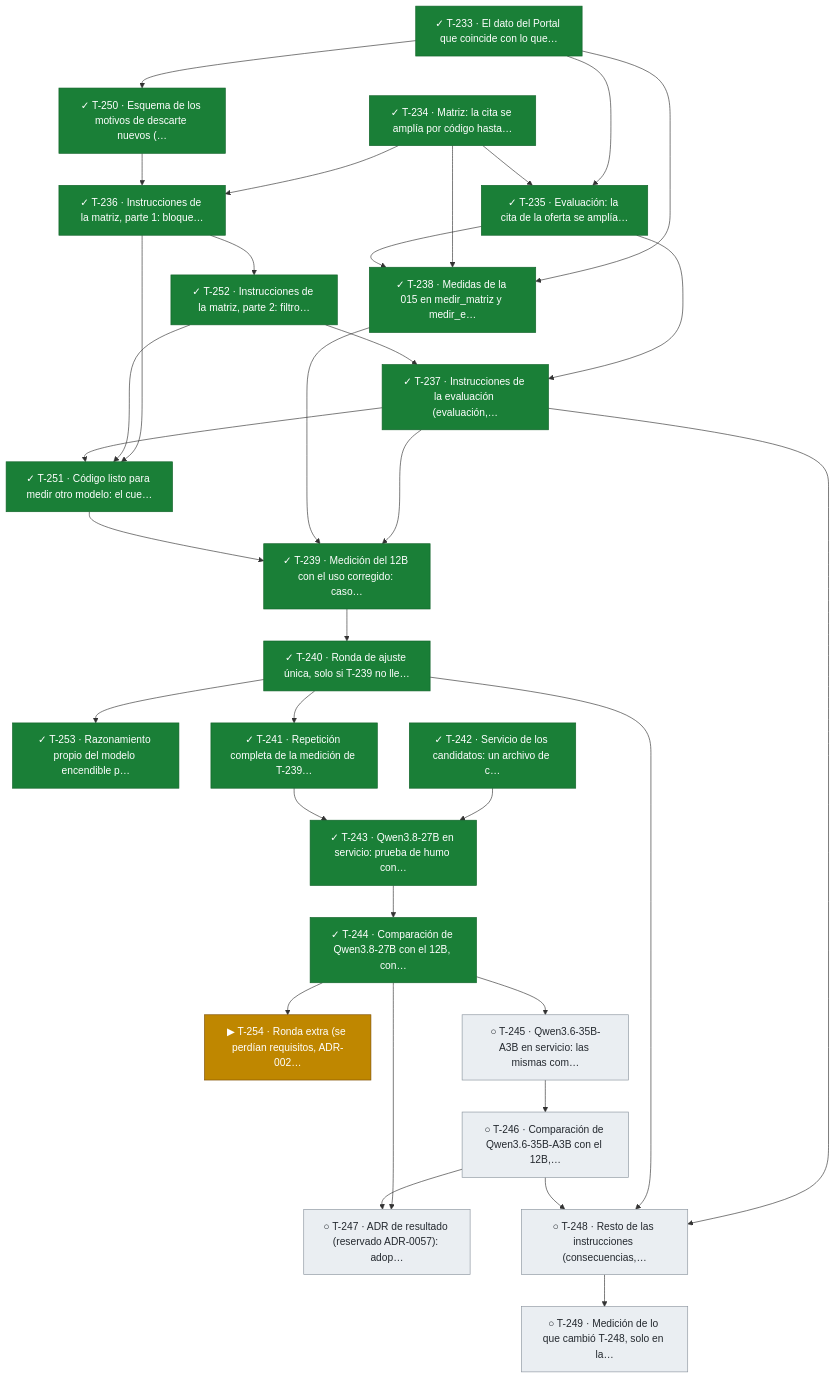
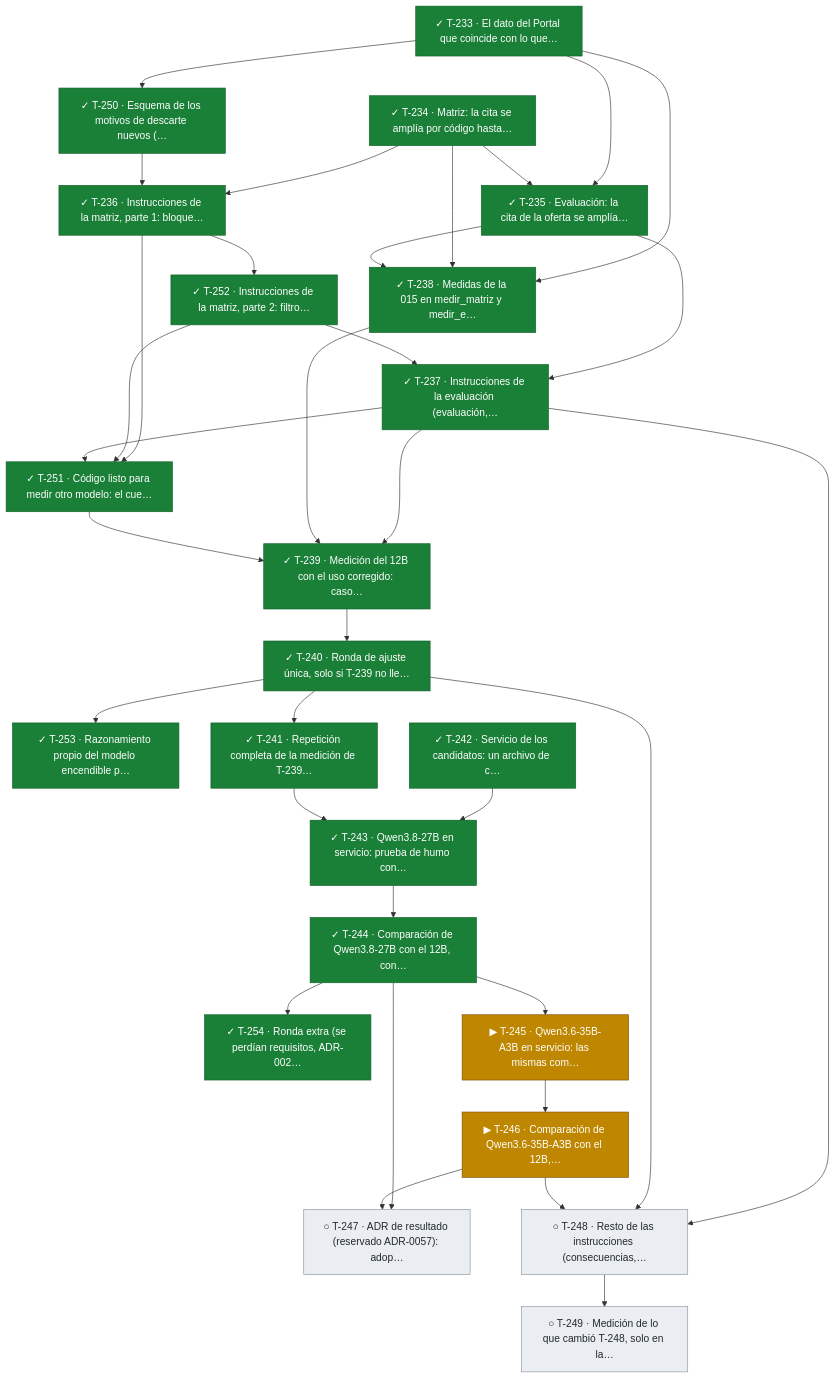
Before and after one commit to snavello/EVALUON: diagram 17 of 17 in docs/tablero.md, drawn with Mermaid. The commit also changed other lines of this file and 1 other file, not shown here.

Commit message:
gestión: integra T-254 (ronda extra verificada); T-245 y T-246 en curso

````diff
--- a/docs/tablero.md
+++ b/docs/tablero.md
@@ -1322,62 +1322,62 @@
 ```mermaid
 flowchart TD
   T233["✓ T-233 · El dato del Portal que coincide con lo que…"]:::done
   T234["✓ T-234 · Matriz: la cita se amplía por código hasta…"]:::done
   T250["✓ T-250 · Esquema de los motivos de descarte nuevos (…"]:::done
   T235["✓ T-235 · Evaluación: la cita de la oferta se amplía…"]:::done
   T236["✓ T-236 · Instrucciones de la matriz, parte 1: bloque…"]:::done
   T252["✓ T-252 · Instrucciones de la matriz, parte 2: filtro…"]:::done
   T253["✓ T-253 · Razonamiento propio del modelo encendible p…"]:::done
-  T254["▶ T-254 · Ronda extra (se perdían requisitos, ADR-002…"]:::active
+  T254["✓ T-254 · Ronda extra (se perdían requisitos, ADR-002…"]:::done
   T237["✓ T-237 · Instrucciones de la evaluación (evaluación,…"]:::done
   T251["✓ T-251 · Código listo para medir otro modelo: el cue…"]:::done
   T238["✓ T-238 · Medidas de la 015 en medir_matriz y medir_e…"]:::done
   T239["✓ T-239 · Medición del 12B con el uso corregido: caso…"]:::done
   T240["✓ T-240 · Ronda de ajuste única, solo si T-239 no lle…"]:::done
   T241["✓ T-241 · Repetición completa de la medición de T-239…"]:::done
   T242["✓ T-242 · Servicio de los candidatos: un archivo de c…"]:::done
   T243["✓ T-243 · Qwen3.8-27B en servicio: prueba de humo con…"]:::done
   T244["✓ T-244 · Comparación de Qwen3.8-27B con el 12B, con…"]:::done
-  T245["○ T-245 · Qwen3.6-35B-A3B en servicio: las mismas com…"]:::todo
-  T246["○ T-246 · Comparación de Qwen3.6-35B-A3B con el 12B,…"]:::todo
+  T245["▶ T-245 · Qwen3.6-35B-A3B en servicio: las mismas com…"]:::active
+  T246["▶ T-246 · Comparación de Qwen3.6-35B-A3B con el 12B,…"]:::active
   T247["○ T-247 · ADR de resultado (reservado ADR-0057): adop…"]:::todo
   T248["○ T-248 · Resto de las instrucciones (consecuencias,…"]:::todo
   T249["○ T-249 · Medición de lo que cambió T-248, solo en la…"]:::todo
   T233 --> T250
   T233 --> T235
   T234 --> T235
   T234 --> T236
   T250 --> T236
   T236 --> T252
   T240 --> T253
   T244 --> T254
   T235 --> T237
   T252 --> T237
   T236 --> T251
   T252 --> T251
   T237 --> T251
   T233 --> T238
   T234 --> T238
   T235 --> T238
   T237 --> T239
   T238 --> T239
   T251 --> T239
   T239 --> T240
   T240 --> T241
   T242 --> T243
   T241 --> T243
   T243 --> T244
   T244 --> T245
   T245 --> T246
   T244 --> T247
   T246 --> T247
   T237 --> T248
   T240 --> T248
   T246 --> T248
   T248 --> T249
   classDef done fill:#1a7f37,stroke:#116329,color:#ffffff
   classDef review fill:#0969da,stroke:#0550ae,color:#ffffff
   classDef active fill:#bf8700,stroke:#7d4e00,color:#ffffff
   classDef blocked fill:#cf222e,stroke:#a40e26,color:#ffffff
   classDef todo fill:#eaeef2,stroke:#8c959f,color:#24292f
 ```
````
